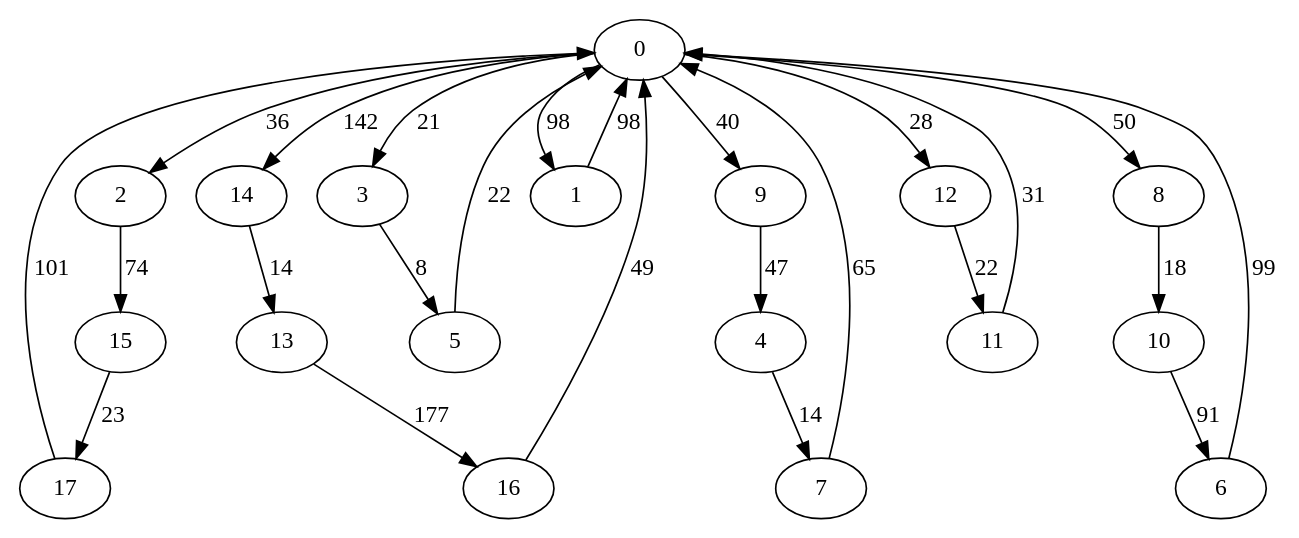
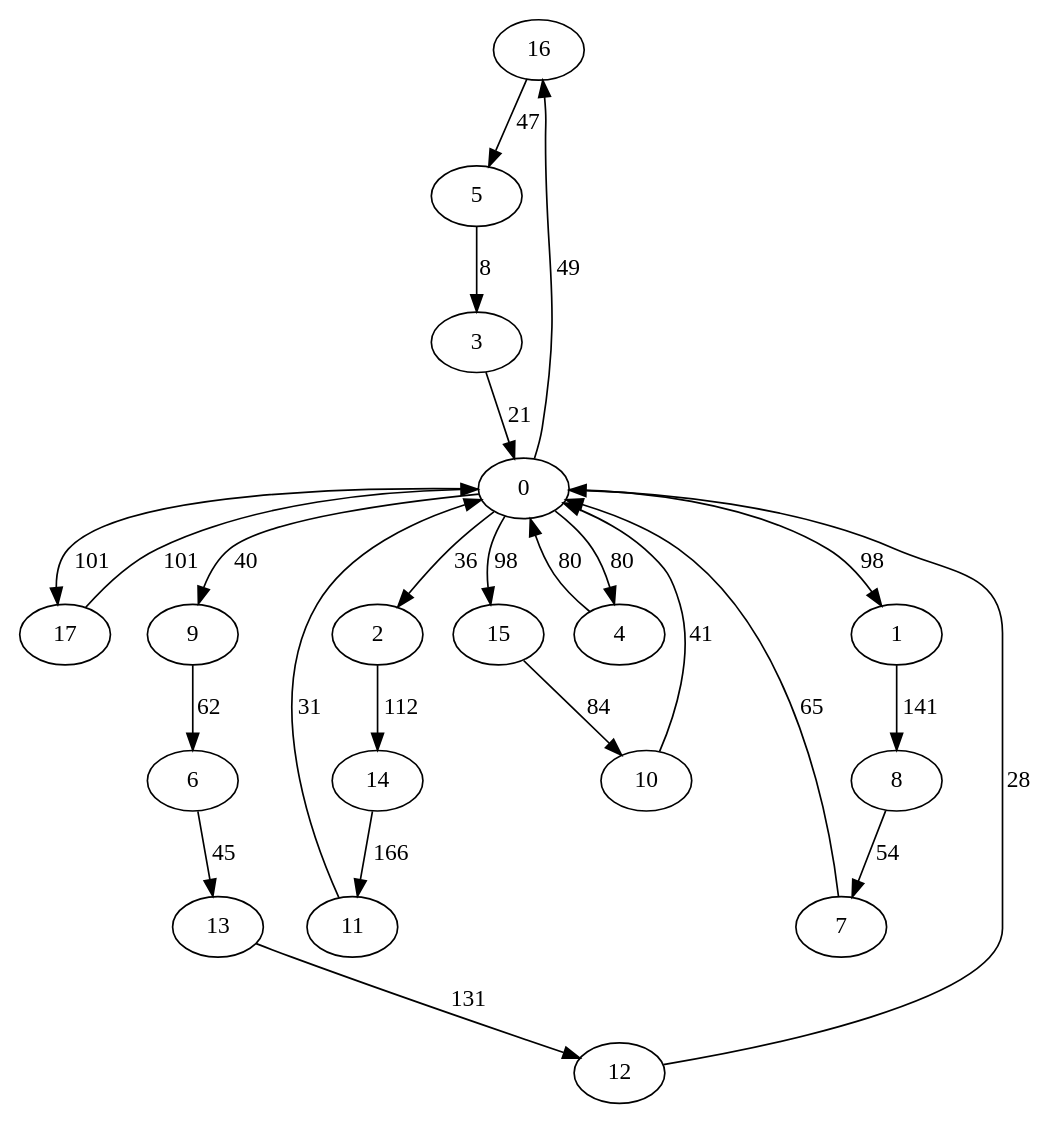
The diagram in grafos/iteration9.dot (akosej/vehicle_routing), drawn with Graphviz before and after one commit. The commit also changed 9 other files, not shown here.

```diff
--- a/grafos/iteration9.dot
+++ b/grafos/iteration9.dot
@@ -1,45 +1,45 @@
 digraph G {
-	0->3[ label=21 ];
-	0->14[ label=142 ];
+	16->5[ label=47 ];
+	1->8[ label=141 ];
+	6->13[ label=45 ];
+	17->0[ label=101 ];
+	14->11[ label=166 ];
+	13->12[ label=131 ];
+	0->15[ label=98 ];
+	0->1[ label=98 ];
+	0->2[ label=36 ];
 	0->9[ label=40 ];
-	0->2[ label=36 ];
-	0->8[ label=50 ];
-	0->1[ label=98 ];
-	0->12[ label=28 ];
-	14->13[ label=14 ];
-	17->0[ label=101 ];
-	6->0[ label=99 ];
-	5->0[ label=22 ];
+	0->4[ label=80 ];
+	0->17[ label=101 ];
+	0->16[ label=49 ];
+	5->3[ label=8 ];
+	3->0[ label=21 ];
+	15->10[ label=84 ];
 	7->0[ label=65 ];
-	15->17[ label=23 ];
-	8->10[ label=18 ];
+	10->0[ label=41 ];
+	2->14[ label=112 ];
 	11->0[ label=31 ];
-	16->0[ label=49 ];
-	2->15[ label=74 ];
-	10->6[ label=91 ];
-	12->11[ label=22 ];
-	3->5[ label=8 ];
-	13->16[ label=177 ];
-	9->4[ label=47 ];
-	4->7[ label=14 ];
-	1->0[ label=98 ];
+	9->6[ label=62 ];
+	8->7[ label=54 ];
+	12->0[ label=28 ];
+	4->0[ label=80 ];
 	0 [ label=0 ];
 	1 [ label=1 ];
 	10 [ label=10 ];
 	11 [ label=11 ];
 	12 [ label=12 ];
 	13 [ label=13 ];
 	14 [ label=14 ];
 	15 [ label=15 ];
 	16 [ label=16 ];
 	17 [ label=17 ];
 	2 [ label=2 ];
 	3 [ label=3 ];
 	4 [ label=4 ];
 	5 [ label=5 ];
 	6 [ label=6 ];
 	7 [ label=7 ];
 	8 [ label=8 ];
 	9 [ label=9 ];
 
 }
```
